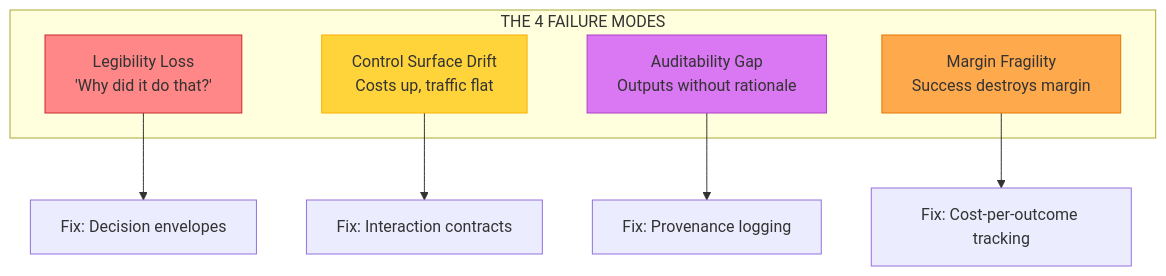
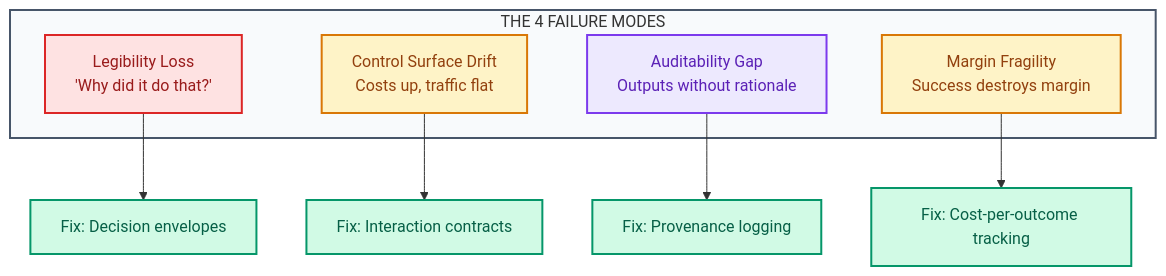
Before and after one commit to whoisrade/agentic-field-manual: the second of 3 diagrams in README.md, drawn with Mermaid. The commit also changed other lines of this file and 18 other files, not shown here.

Commit message:
refine mermaid diagrams with enterprise color palette

````diff
--- a/README.md
+++ b/README.md
@@ -289,19 +291,24 @@
 ```mermaid
 flowchart TB
     subgraph Failures["THE 4 FAILURE MODES"]
         LL["Legibility Loss<br/>'Why did it do that?'"]
         CSD["Control Surface Drift<br/>Costs up, traffic flat"]
         AG["Auditability Gap<br/>Outputs without rationale"]
         MF["Margin Fragility<br/>Success destroys margin"]
     end
     
     LL --> Fix1["Fix: Decision envelopes"]
     CSD --> Fix2["Fix: Interaction contracts"]
     AG --> Fix3["Fix: Provenance logging"]
     MF --> Fix4["Fix: Cost-per-outcome tracking"]
     
-    style LL fill:#ff8787,stroke:#c92a2a
-    style CSD fill:#ffd43b,stroke:#fab005
-    style AG fill:#da77f2,stroke:#ae3ec9
-    style MF fill:#ffa94d,stroke:#e67700
+    style Failures fill:#f8fafc,stroke:#475569,stroke-width:2px
+    style LL fill:#fee2e2,stroke:#dc2626,stroke-width:2px,color:#991b1b
+    style CSD fill:#fef3c7,stroke:#d97706,stroke-width:2px,color:#92400e
+    style AG fill:#ede9fe,stroke:#7c3aed,stroke-width:2px,color:#5b21b6
+    style MF fill:#fef3c7,stroke:#d97706,stroke-width:2px,color:#92400e
+    style Fix1 fill:#d1fae5,stroke:#059669,stroke-width:2px,color:#065f46
+    style Fix2 fill:#d1fae5,stroke:#059669,stroke-width:2px,color:#065f46
+    style Fix3 fill:#d1fae5,stroke:#059669,stroke-width:2px,color:#065f46
+    style Fix4 fill:#d1fae5,stroke:#059669,stroke-width:2px,color:#065f46
 ```
````
